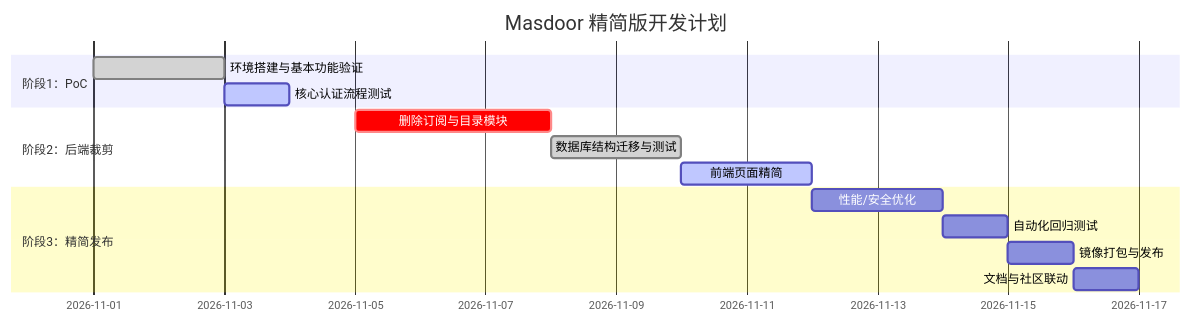
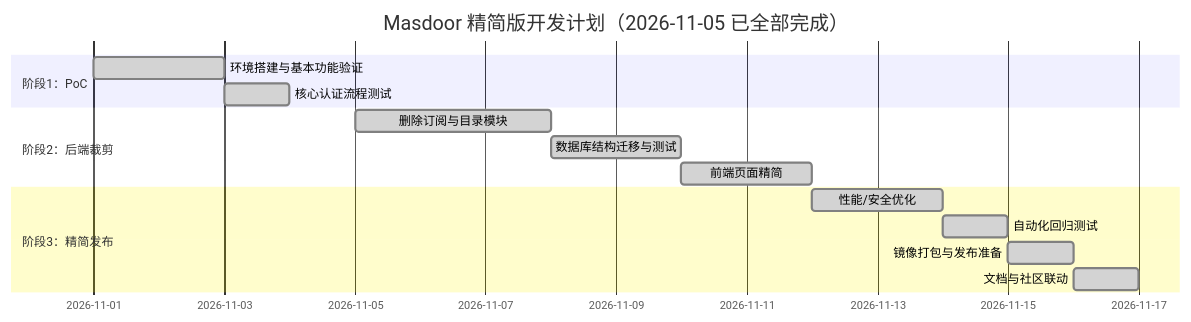
One commit to mahoo12138/masdoor changed the diagram in PLAN.md. Above: the diagram before and after it, drawn with Mermaid. The commit also changed other lines of this file and 2 other files, not shown here.

Commit message:
docs: sync PLAN progress, add CONTRIBUTING, fix release packaging config
- PLAN.md 甘特图标记全部完成，并新增执行结果章节记录实际裁剪与实测数据
- 新增 CONTRIBUTING.md（开发流程/范围纪律/提交规范/测试与发布）
- .goreleaser.yaml 打包前先构建前端（否则归档缺 web/build），ldflags 注入版本号

````diff
--- a/PLAN.md
+++ b/PLAN.md
@@ -187,17 +187,17 @@
 ```mermaid
 gantt
-    title Masdoor 精简版开发计划
+    title Masdoor 精简版开发计划（2026-11-05 已全部完成）
     dateFormat  YYYY-MM-DD
     section 阶段1：PoC
     环境搭建与基本功能验证 :done, 2026-11-01, 2d
-    核心认证流程测试       :active, 2026-11-03, 1d
+    核心认证流程测试       :done, 2026-11-03, 1d
     section 阶段2：后端裁剪
-    删除订阅与目录模块     :crit, 2026-11-05, 3d
+    删除订阅与目录模块     :done, 2026-11-05, 3d
     数据库结构迁移与测试   :done, 2026-11-08, 2d
-    前端页面精简           :active, 2026-11-10, 2d
+    前端页面精简           :done, 2026-11-10, 2d
     section 阶段3：精简发布
-    性能/安全优化         :2026-11-12, 2d
-    自动化回归测试        :2026-11-14, 1d
-    镜像打包与发布         :2026-11-15, 1d
-    文档与社区联动        :2026-11-16, 1d
+    性能/安全优化          :done, 2026-11-12, 2d
+    自动化回归测试         :done, 2026-11-14, 1d
+    镜像打包与发布准备     :done, 2026-11-15, 1d
+    文档与社区联动         :done, 2026-11-16, 1d
 ```
````
